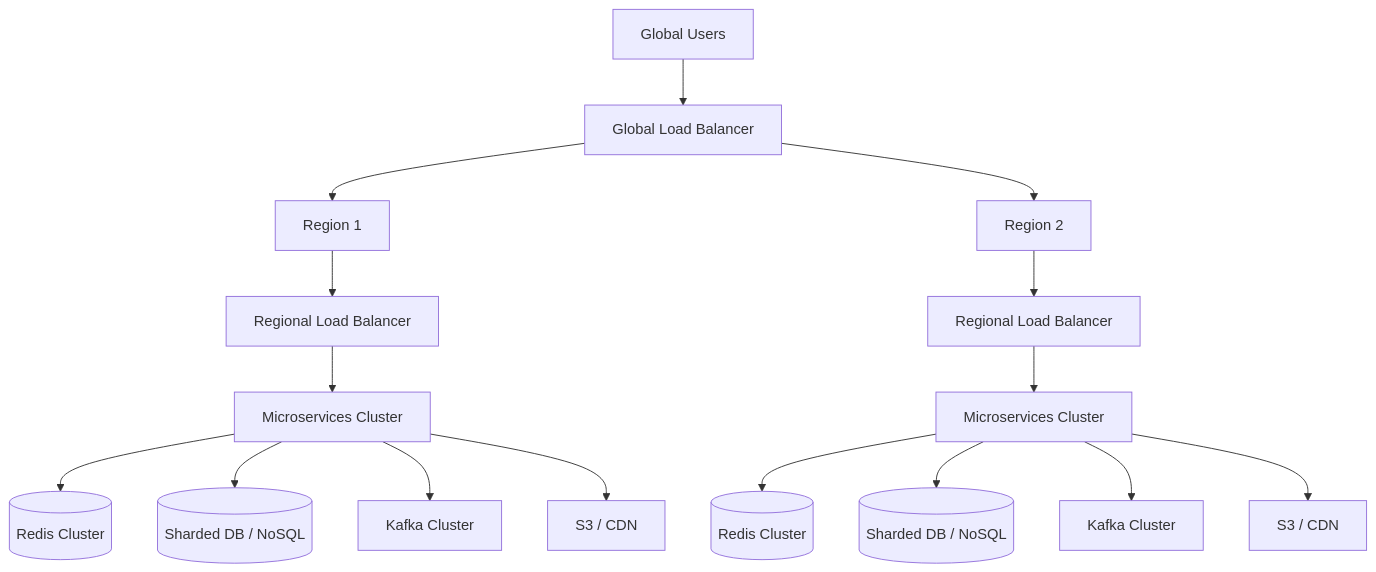
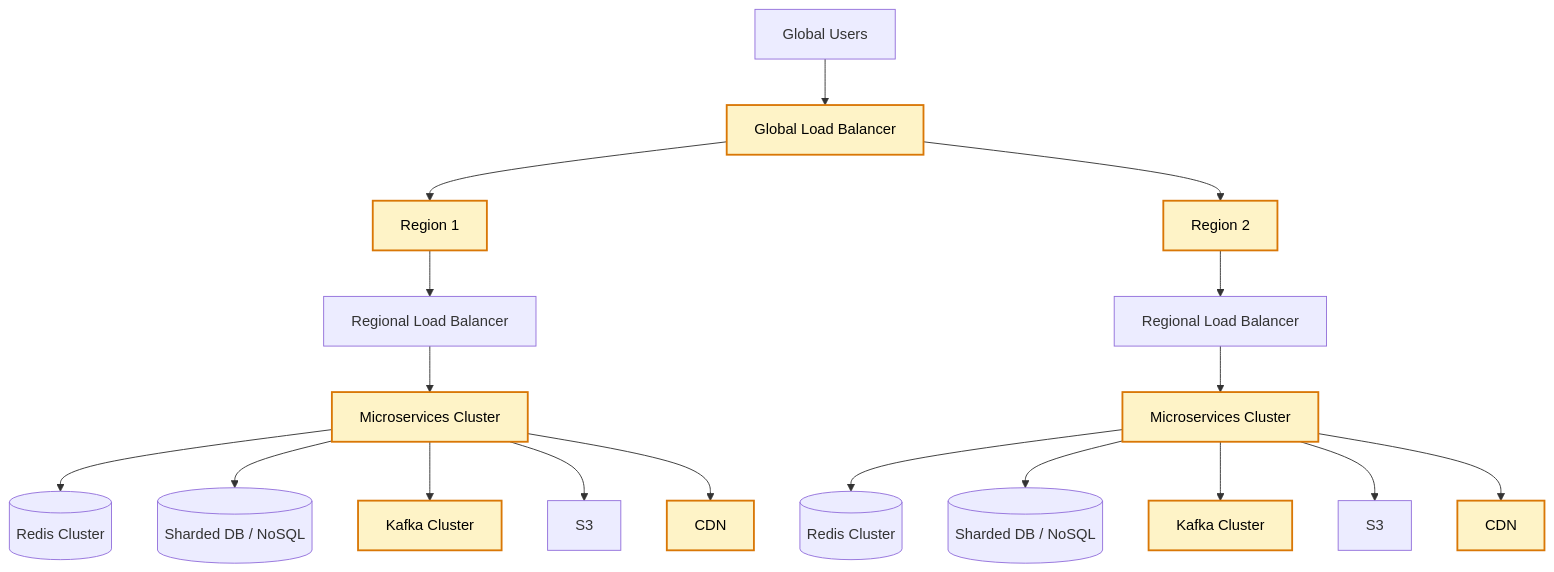
Before and after one commit to lekhrajdinkar/solution-engineer: the fifth of 5 diagrams in docs/2022-2025/SE_02_system-design/SD_02_Non-functional-req/02_NFR_03_Scaling.md, drawn with Mermaid. The commit also changed other lines of this file and 3 other files, not shown here.

````diff
--- a/docs/2022-2025/SE_02_system-design/SD_02_Non-functional-req/02_NFR_03_Scaling.md
+++ b/docs/2022-2025/SE_02_system-design/SD_02_Non-functional-req/02_NFR_03_Scaling.md
@@ -114,25 +121,30 @@
 ```mermaid
 flowchart TD
     U[Global Users] --> GLB[Global Load Balancer]
 
     GLB --> R1[Region 1]
     GLB --> R2[Region 2]
 
     R1 --> LB1[Regional Load Balancer]
     R2 --> LB2[Regional Load Balancer]
 
     LB1 --> MS1[Microservices Cluster]
     LB2 --> MS2[Microservices Cluster]
 
     MS1 --> RC1[(Redis Cluster)]
     MS2 --> RC2[(Redis Cluster)]
 
     MS1 --> DB1[(Sharded DB / NoSQL)]
     MS2 --> DB2[(Sharded DB / NoSQL)]
 
     MS1 --> K1[Kafka Cluster]
     MS2 --> K2[Kafka Cluster]
 
-    MS1 --> OBJ1[S3 / CDN]
-    MS2 --> OBJ2[S3 / CDN]
+    MS1 --> OBJ1[S3 ]
+    MS2 --> OBJ2[S3 ]
+    MS1 --> CDN1[CDN]
+    MS2 --> CDN2[CDN]
+
+    classDef stage fill:#FEF3C7,stroke:#D97706,stroke-width:2px,color:#000
+    class GLB,R1,R2,MS1,MS2,K1,K2,CDN1,CDN2 stage;
 ```
````
